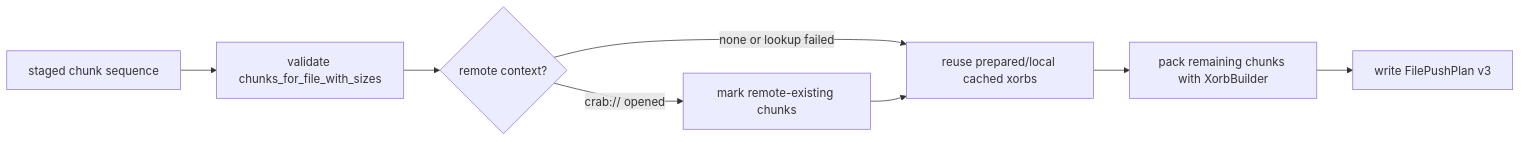
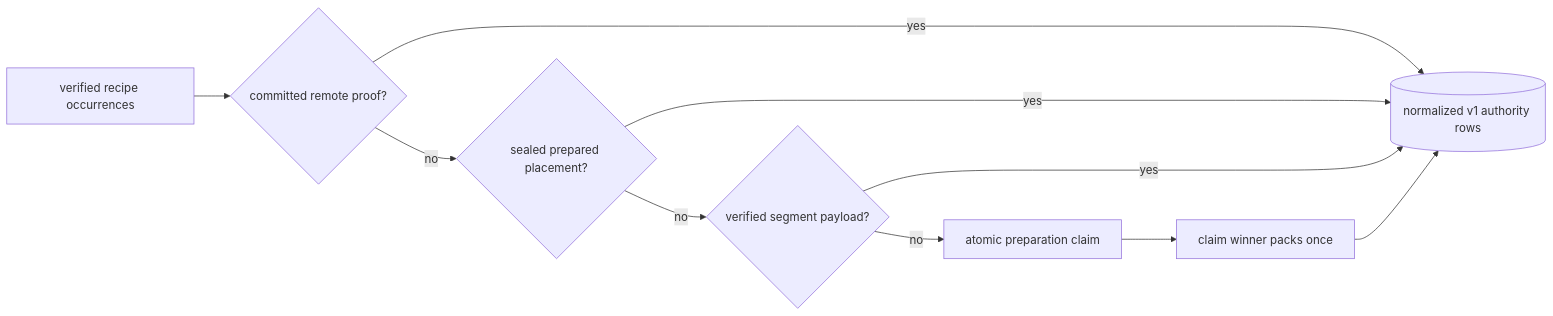
Before and after one commit to crabbuild/crab: the fourth of 5 diagrams in crab/docs/design/add.md, drawn with Mermaid. The commit also changed other lines of this file and 15 other files, not shown here.

Commit message:
refactor: canonicalize prepared chunk authority (#117)

````diff
--- a/crab/docs/design/add.md
+++ b/crab/docs/design/add.md
@@ -160,15 +165,18 @@
 ```mermaid
 flowchart LR
-    chunks[staged chunk sequence]
-    validate[validate chunks_for_file_with_sizes]
-    remote{remote context?}
-    existing[mark remote-existing chunks]
-    cache[reuse prepared/local cached xorbs]
-    pack[pack remaining chunks with XorbBuilder]
-    write[write FilePushPlan v3]
+    chunks[verified recipe occurrences]
+    remote{committed remote proof?}
+    prepared{sealed prepared placement?}
+    segment{verified segment payload?}
+    claim[atomic preparation claim]
+    pack[claim winner packs once]
+    normalize[(normalized v1 authority rows)]
 
-    chunks --> validate --> remote
-    remote -- crab:// opened --> existing
-    remote -- none or lookup failed --> cache
-    existing --> cache --> pack --> write
+    chunks --> remote
+    remote -- yes --> normalize
+    remote -- no --> prepared
+    prepared -- yes --> normalize
+    prepared -- no --> segment
+    segment -- yes --> normalize
+    segment -- no --> claim --> pack --> normalize
 ```
````
